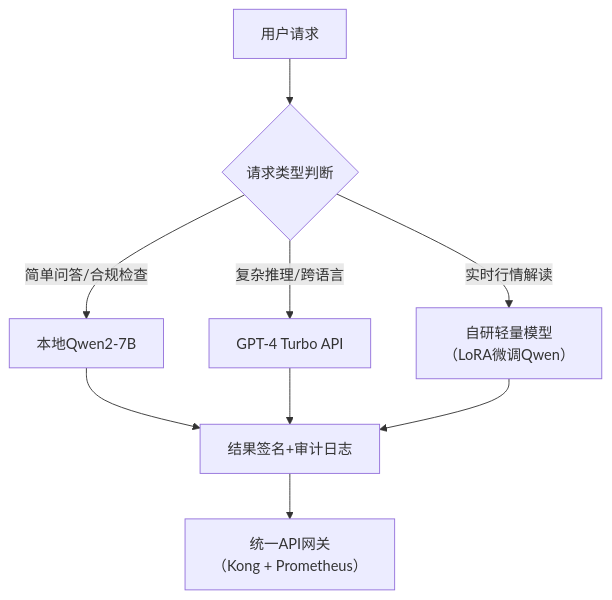
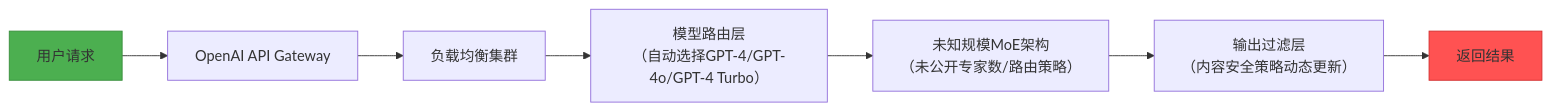
One commit to liuwei1993/ai-llm-agent-knowledge changed the diagram in 04-模型对比与选择/开源vs闭源模型.md. Above: the diagram before and after it, drawn with Mermaid. The commit also changed other lines of this file and 2 other files, not shown here.

````diff
--- a/04-模型对比与选择/开源vs闭源模型.md
+++ b/04-模型对比与选择/开源vs闭源模型.md
@@ -170,13 +34,11 @@
 ```mermaid
-flowchart TD
-    A[用户请求] --> B{请求类型判断}
-    B -->|简单问答/合规检查| C[本地Qwen2-7B]
-    B -->|复杂推理/跨语言| D[GPT-4 Turbo API]
-    B -->|实时行情解读| E[自研轻量模型<br>（LoRA微调Qwen）]
-    
-    C --> F[结果签名+审计日志]
-    D --> F
-    E --> F
-    
-    F --> G[统一API网关<br>（Kong + Prometheus）]
+graph LR
+A[用户请求] --> B[OpenAI API Gateway]
+B --> C[负载均衡集群]
+C --> D[模型路由层<br>（自动选择GPT-4/GPT-4o/GPT-4 Turbo）]
+D --> E[未知规模MoE架构<br>（未公开专家数/路由策略）]
+E --> F[输出过滤层<br>（内容安全策略动态更新）]
+F --> G[返回结果]
+style A fill:#4CAF50,stroke:#388E3C
+style G fill:#FF5252,stroke:#D32F2F
 ```
````
